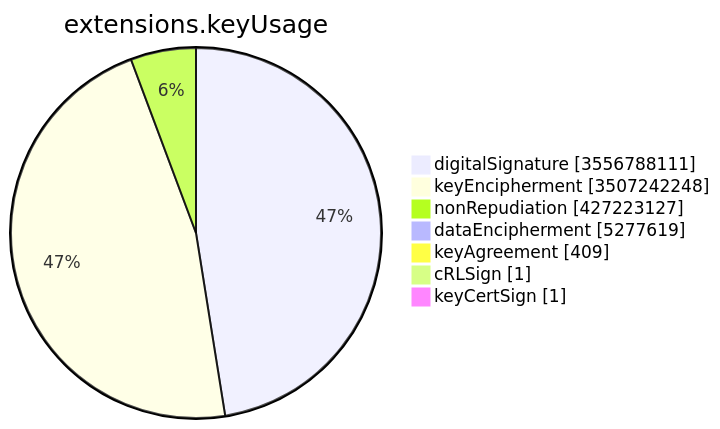
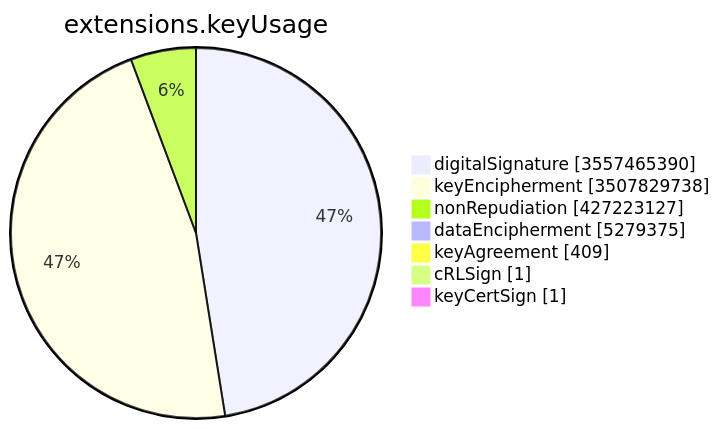
Before and after one commit to christiankrug/ctmonitor_visualization: the sixth of 15 diagrams in TOTAL/README.md, drawn with Mermaid. The commit also changed other lines of this file, not shown here.

````diff
--- a/TOTAL/README.md
+++ b/TOTAL/README.md
@@ -3083,11 +3083,11 @@
 ```mermaid
 pie showData
 title extensions.keyUsage
-"digitalSignature" :3556788111
-"keyEncipherment" :3507242248
+"digitalSignature" :3557465390
+"keyEncipherment" :3507829738
 "nonRepudiation" :427223127
-"dataEncipherment" :5277619
+"dataEncipherment" :5279375
 "keyAgreement" :409
 "cRLSign" :1
 "keyCertSign" :1
 ```
````
